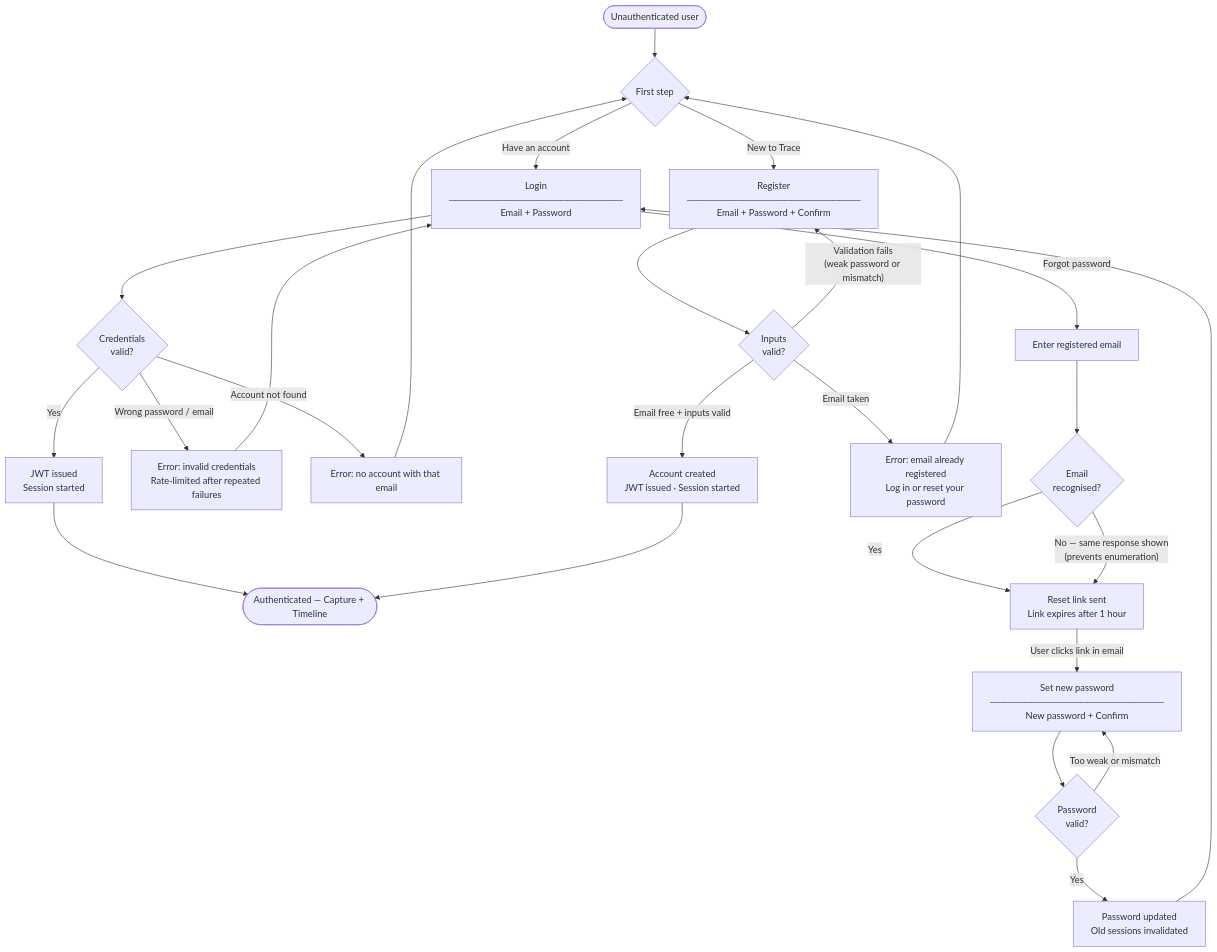
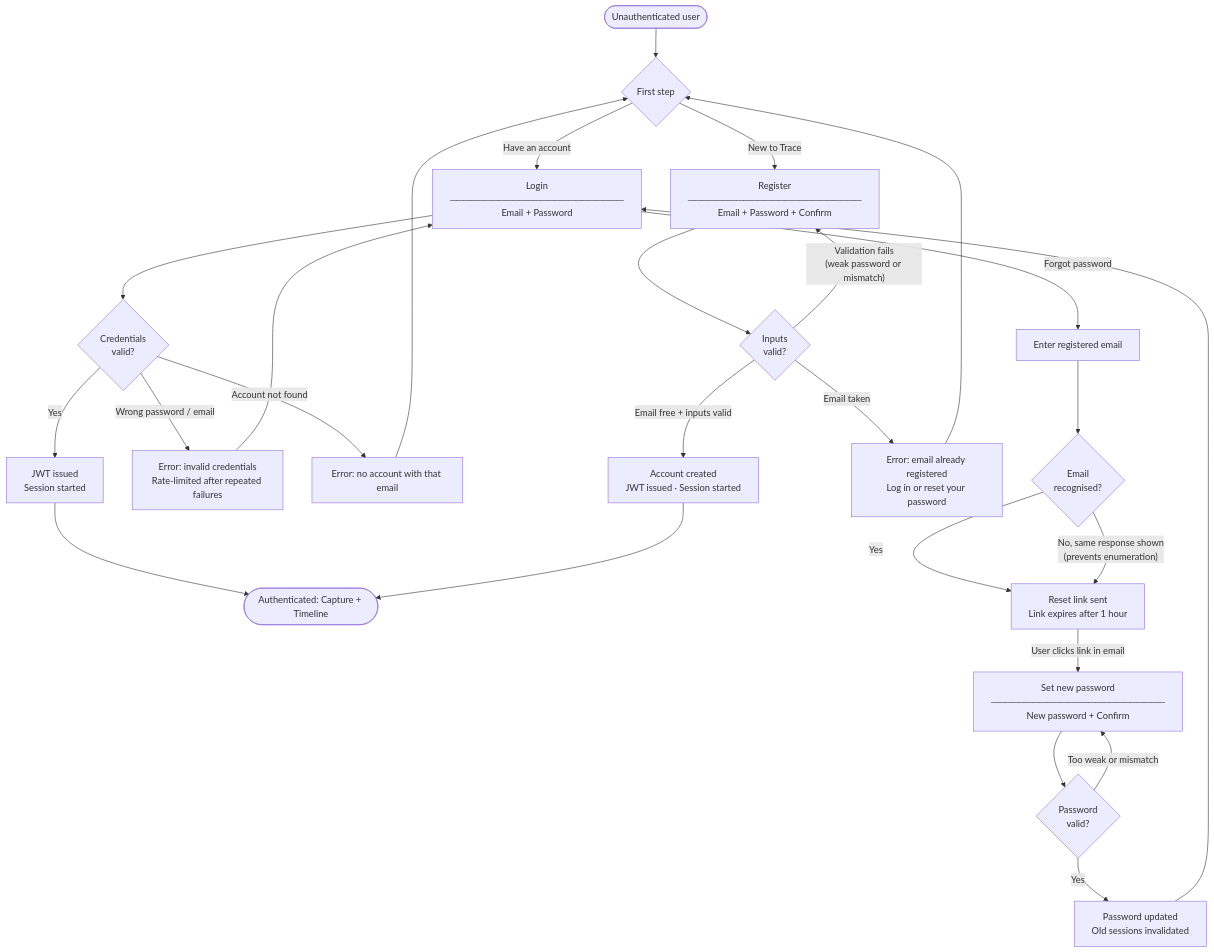
Before and after one commit to ahmedmshazly/trace-app: the third of 3 diagrams in docs/diagrams/trace-diagrams.md, drawn with Mermaid. The commit also changed other lines of this file and 78 other files, not shown here.

````diff
--- a/docs/diagrams/trace-diagrams.md
+++ b/docs/diagrams/trace-diagrams.md
@@ -210,54 +210,54 @@
 ```mermaid
 flowchart TD
 
     %% ── Entry point ─────────────────────────────────────────────────────────
     UNAUTH([Unauthenticated user]) --> ACTION{First step}
 
     ACTION -->|Have an account| LOGINFORM
     ACTION -->|New to Trace| REGFORM
 
     %% ── Login path ──────────────────────────────────────────────────────────
     LOGINFORM["Login<br/>─────────────────────────<br/>Email + Password"]
 
     LOGINFORM --> LOGINVAL{Credentials<br/>valid?}
 
     LOGINVAL -->|Yes| JWT_OK["JWT issued<br/>Session started"]
     JWT_OK --> APP
 
     LOGINVAL -->|"Wrong password / email"| LOGINERR["Error: invalid credentials<br/>Rate-limited after repeated failures"]
     LOGINERR --> LOGINFORM
 
     LOGINVAL -->|Account not found| NOTFOUND["Error: no account with that email"]
     NOTFOUND --> ACTION
 
     %% ── Forgot password path ────────────────────────────────────────────────
     LOGINFORM -->|Forgot password| RESETREQ["Enter registered email"]
 
     RESETREQ --> RESENTSENT{Email<br/>recognised?}
 
     RESENTSENT -->|Yes| RESETLINK["Reset link sent<br/>Link expires after 1 hour"]
-    RESENTSENT -->|"No — same response shown<br/>(prevents enumeration)"| RESETLINK
+    RESENTSENT -->|"No, same response shown<br/>(prevents enumeration)"| RESETLINK
 
     RESETLINK -->|User clicks link in email| NEWPWFORM["Set new password<br/>─────────────────────────<br/>New password + Confirm"]
 
     NEWPWFORM --> NEWPWVAL{Password<br/>valid?}
     NEWPWVAL -->|Yes| PWUPDATED["Password updated<br/>Old sessions invalidated"]
     PWUPDATED --> LOGINFORM
     NEWPWVAL -->|"Too weak or mismatch"| NEWPWFORM
 
     %% ── Registration path ───────────────────────────────────────────────────
     REGFORM["Register<br/>─────────────────────────<br/>Email + Password + Confirm"]
 
     REGFORM --> REGVAL{Inputs<br/>valid?}
 
     REGVAL -->|Email taken| EMAILTAKEN["Error: email already registered<br/>Log in or reset your password"]
     EMAILTAKEN --> ACTION
 
     REGVAL -->|"Validation fails<br/>(weak password or mismatch)"| REGFORM
 
     REGVAL -->|"Email free + inputs valid"| REGDONE["Account created<br/>JWT issued · Session started"]
     REGDONE --> APP
 
     %% ── Success terminus ────────────────────────────────────────────────────
-    APP(["Authenticated — Capture + Timeline"])
+    APP(["Authenticated: Capture + Timeline"])
 ```
````
